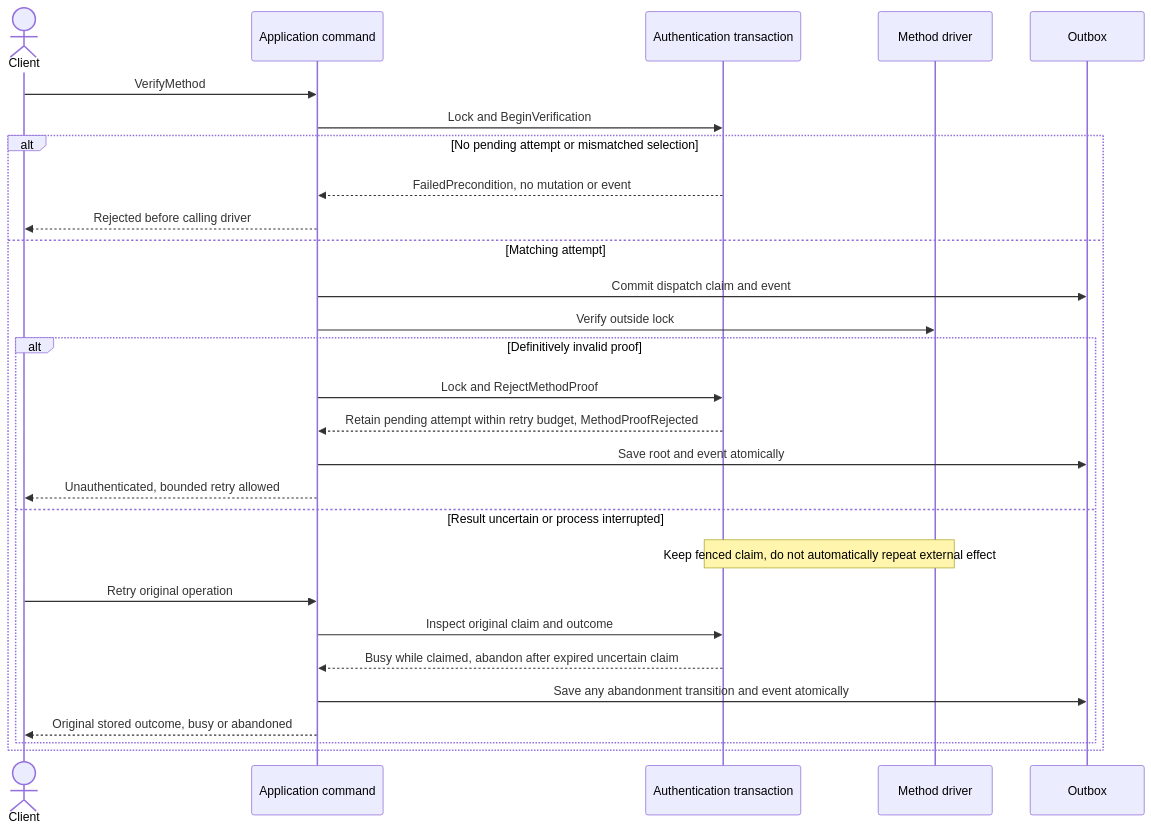
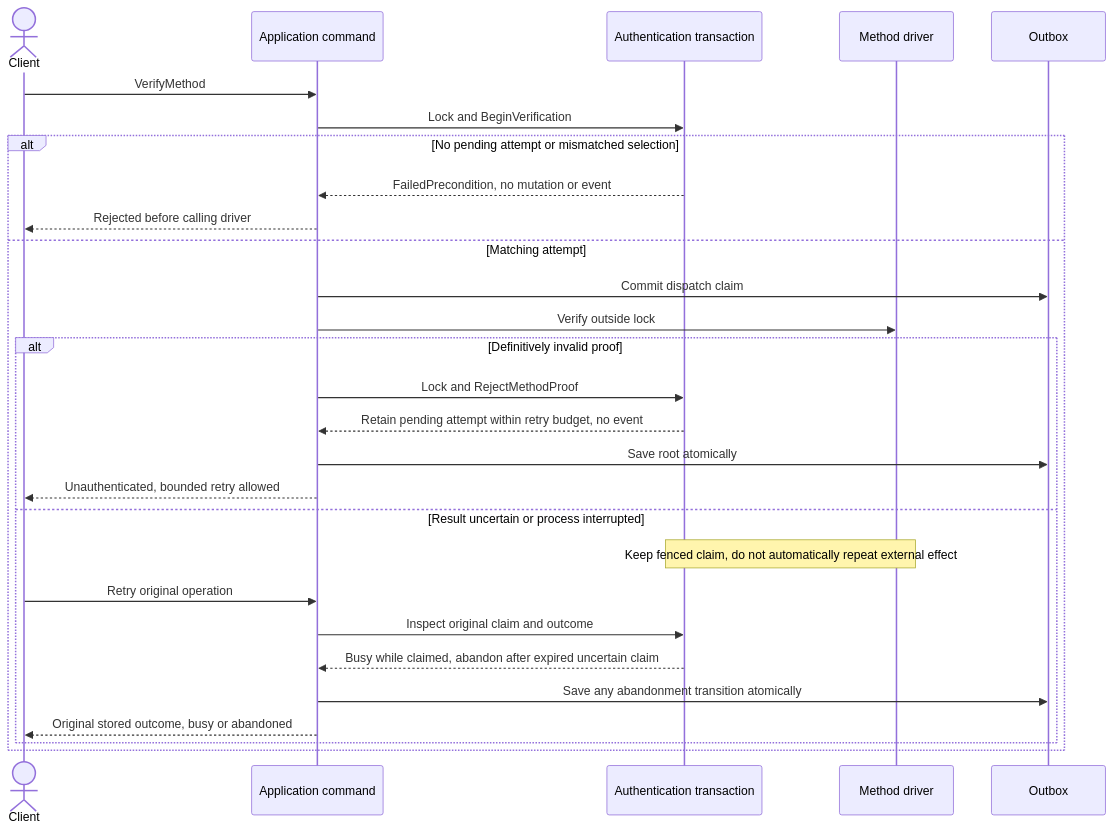
Before and after one commit to not-for-prod/authorization: the second of 2 diagrams in docs/event-storming/authentication-method-attempts.md, drawn with Mermaid. The commit also changed other lines of this file and 64 other files, not shown here.

````diff
--- a/docs/event-storming/authentication-method-attempts.md
+++ b/docs/event-storming/authentication-method-attempts.md
@@ -91,30 +91,30 @@
 ```mermaid
 sequenceDiagram
     actor Client
     participant App as Application command
     participant Tx as Authentication transaction
     participant Driver as Method driver
     participant Outbox
     Client->>App: VerifyMethod
     App->>Tx: Lock and BeginVerification
     alt No pending attempt or mismatched selection
         Tx-->>App: FailedPrecondition, no mutation or event
         App-->>Client: Rejected before calling driver
     else Matching attempt
-        App->>Outbox: Commit dispatch claim and event
+        App->>Outbox: Commit dispatch claim
         App->>Driver: Verify outside lock
         alt Definitively invalid proof
             App->>Tx: Lock and RejectMethodProof
-            Tx-->>App: Retain pending attempt within retry budget, MethodProofRejected
-            App->>Outbox: Save root and event atomically
+            Tx-->>App: Retain pending attempt within retry budget, no event
+            App->>Outbox: Save root atomically
             App-->>Client: Unauthenticated, bounded retry allowed
         else Result uncertain or process interrupted
             Note over Tx,Driver: Keep fenced claim, do not automatically repeat external effect
             Client->>App: Retry original operation
             App->>Tx: Inspect original claim and outcome
             Tx-->>App: Busy while claimed, abandon after expired uncertain claim
-            App->>Outbox: Save any abandonment transition and event atomically
+            App->>Outbox: Save any abandonment transition atomically
             App-->>Client: Original stored outcome, busy or abandoned
         end
     end
 ```
````
